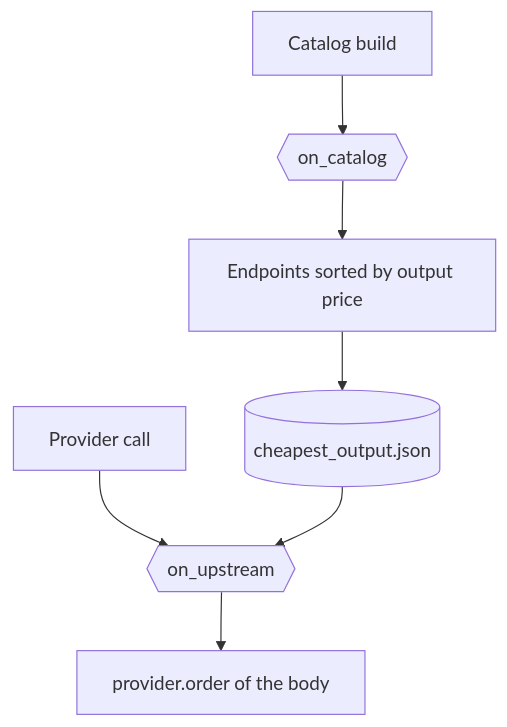
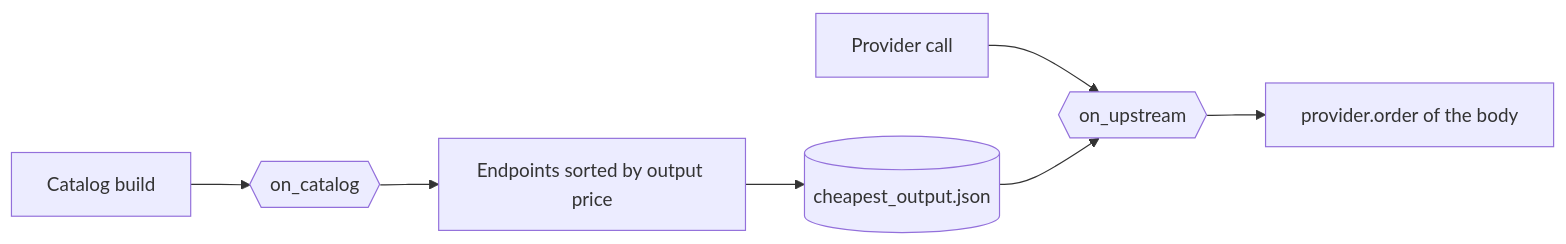
One commit to nemoe7/daedalus changed the diagram in docs/hooks/or_cheapest_output.md. Above: the diagram before and after it, drawn with Mermaid. The commit also changed 5 other files, not shown here.

Commit message:
docs: lay the diagrams out left to right for a desktop

````diff
--- a/docs/hooks/or_cheapest_output.md
+++ b/docs/hooks/or_cheapest_output.md
@@ -13,9 +13,9 @@
 ```mermaid
-flowchart TD
+flowchart LR
   A[Catalog build] --> B{{on_catalog}}
   B --> C[Endpoints sorted by output price]
   C --> D[(cheapest_output.json)]
   E[Provider call] --> F{{on_upstream}}
   D --> F
   F --> G[provider.order of the body]
 ```
````
